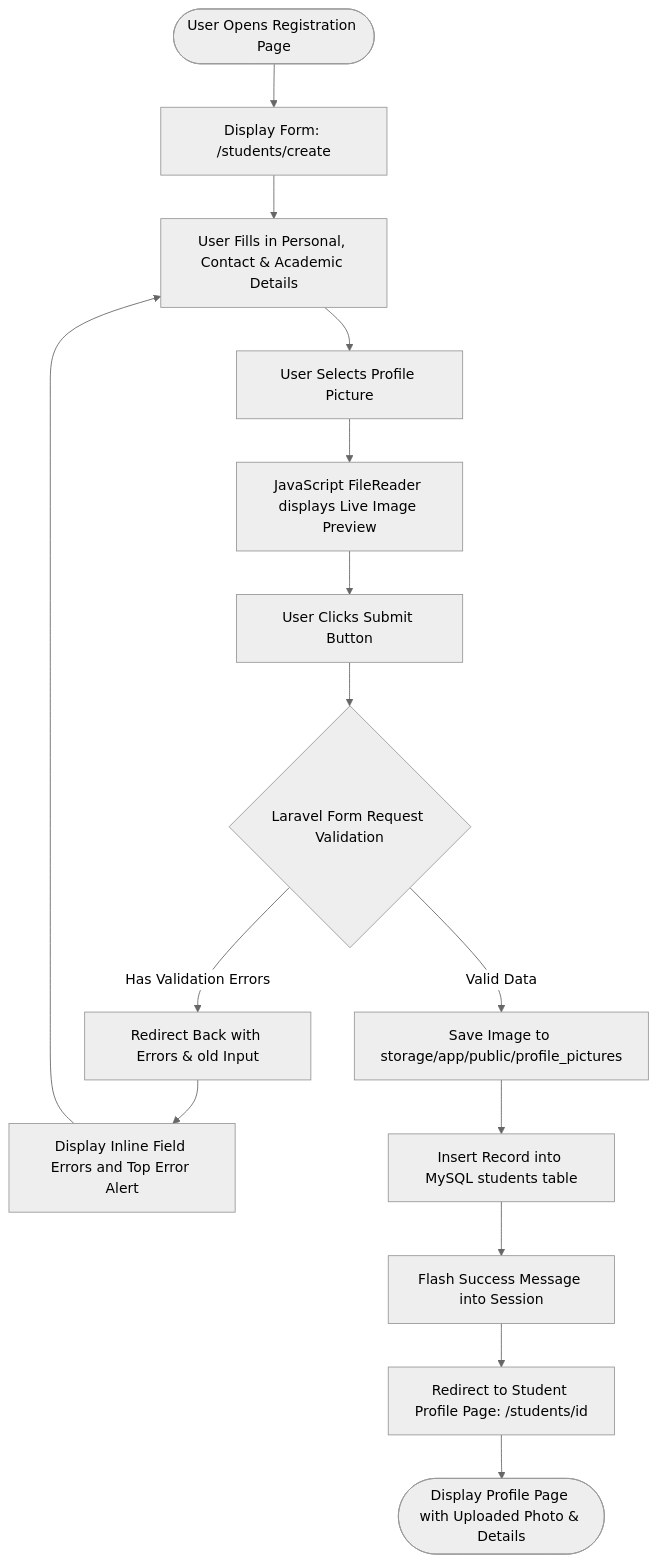
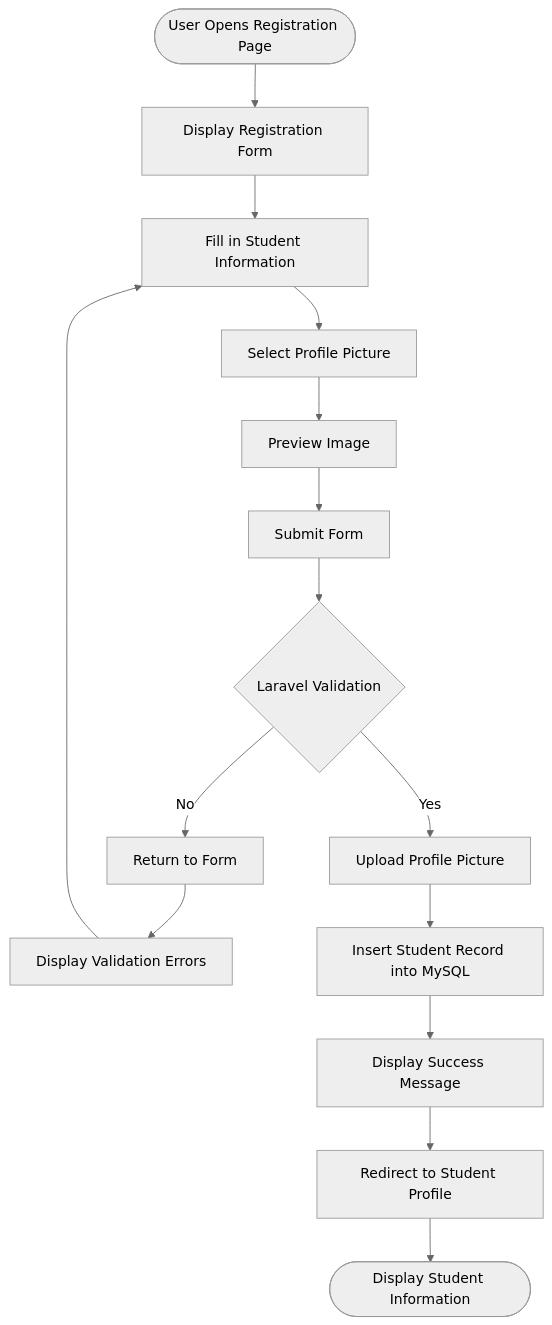
One commit to ejrdeleon/week04-student-registration changed the second of 2 diagrams in README.md. Above: the diagram before and after it, drawn with Mermaid (neutral theme). The commit also changed other lines of this file, not shown here.

````diff
--- a/README.md
+++ b/README.md
@@ -168,19 +216,19 @@
 ```mermaid
 flowchart TD
-    A([User Opens Registration Page]) --> B[Display Form: /students/create]
-    B --> C[User Fills in Personal, Contact & Academic Details]
-    C --> D[User Selects Profile Picture]
-    D --> E[JavaScript FileReader displays Live Image Preview]
-    E --> F[User Clicks Submit Button]
-    F --> G{Laravel Form Request Validation}
-    
-    G -- Has Validation Errors --> H[Redirect Back with Errors & old Input]
-    H --> I[Display Inline Field Errors and Top Error Alert]
+    A([User Opens Registration Page]) --> B[Display Registration Form]
+    B --> C[Fill in Student Information]
+    C --> D[Select Profile Picture]
+    D --> E[Preview Image]
+    E --> F[Submit Form]
+    F --> G{Laravel Validation}
+
+    G -- No --> H[Return to Form]
+    H --> I[Display Validation Errors]
     I --> C
-    
-    G -- Valid Data --> J[Save Image to storage/app/public/profile_pictures]
-    J --> K[Insert Record into MySQL students table]
-    K --> L[Flash Success Message into Session]
-    L --> M[Redirect to Student Profile Page: /students/id]
-    M --> N([Display Profile Page with Uploaded Photo & Details])
+
+    G -- Yes --> J[Upload Profile Picture]
+    J --> K[Insert Student Record into MySQL]
+    K --> L[Display Success Message]
+    L --> M[Redirect to Student Profile]
+    M --> N([Display Student Information])
 ```
````
